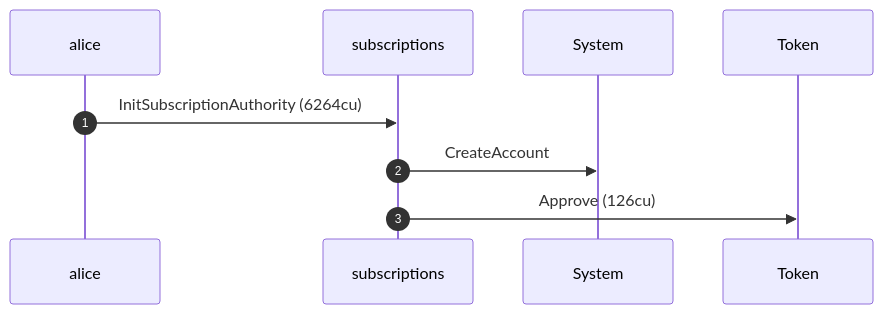
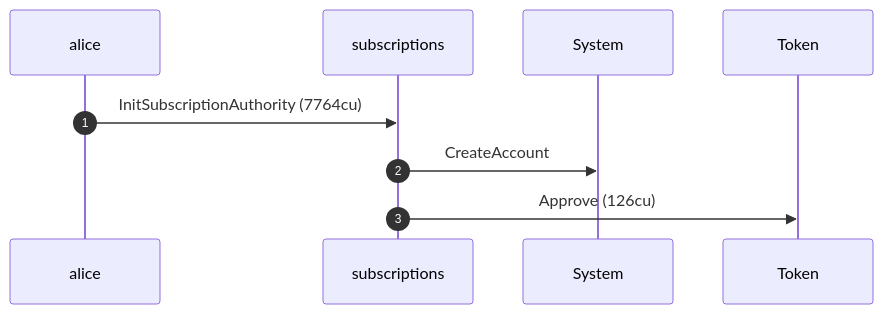
One commit to cds-rs/subscriptions changed the first of 8 diagrams in dsl_tests/idempotent-init-preserves-the-original-payer.md. Above: the diagram before and after it, drawn with Mermaid. The commit also changed other lines of this file and 224 other files, not shown here.

````diff
--- a/dsl_tests/idempotent-init-preserves-the-original-payer.md
+++ b/dsl_tests/idempotent-init-preserves-the-original-payer.md
@@ -25,11 +26,11 @@
 ```mermaid
 sequenceDiagram
     autonumber
     participant alice
     participant subscriptions
     participant System
     participant Token
-    alice ->> subscriptions: InitSubscriptionAuthority (6264cu)
+    alice ->> subscriptions: InitSubscriptionAuthority (7764cu)
     subscriptions ->> System: CreateAccount
     subscriptions ->> Token: Approve (126cu)
 ```
````
